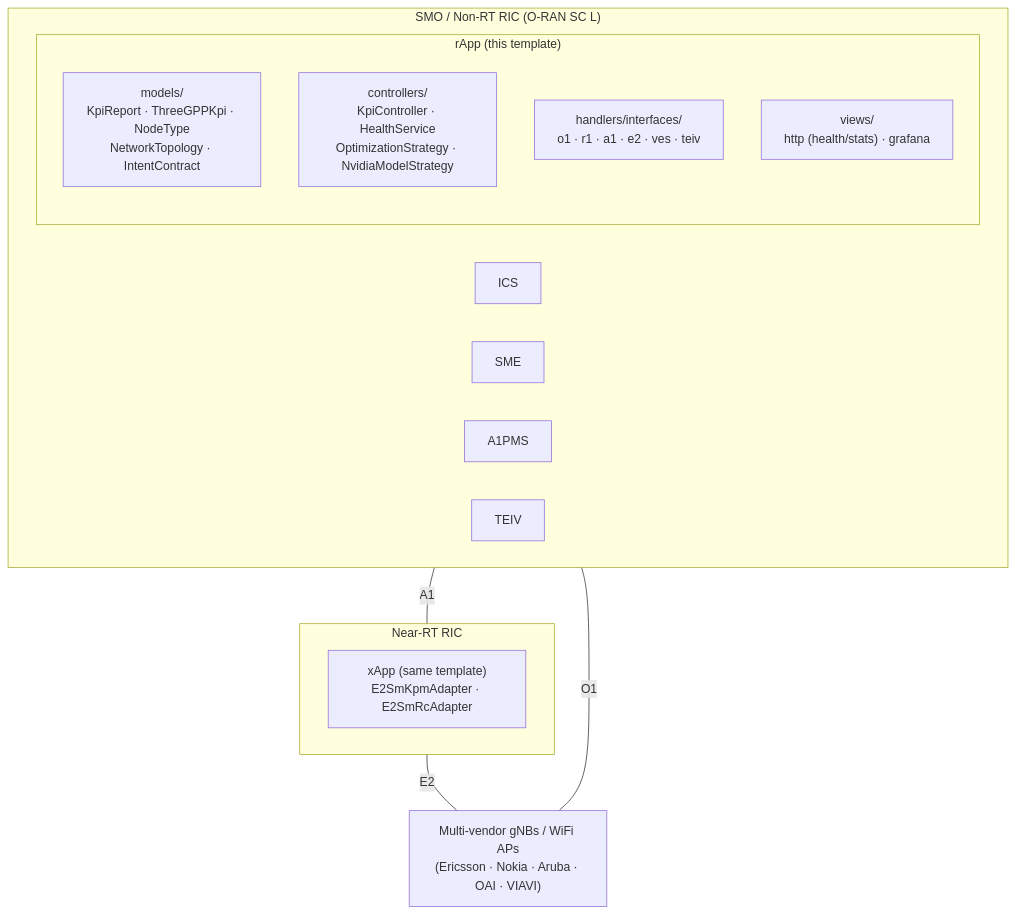
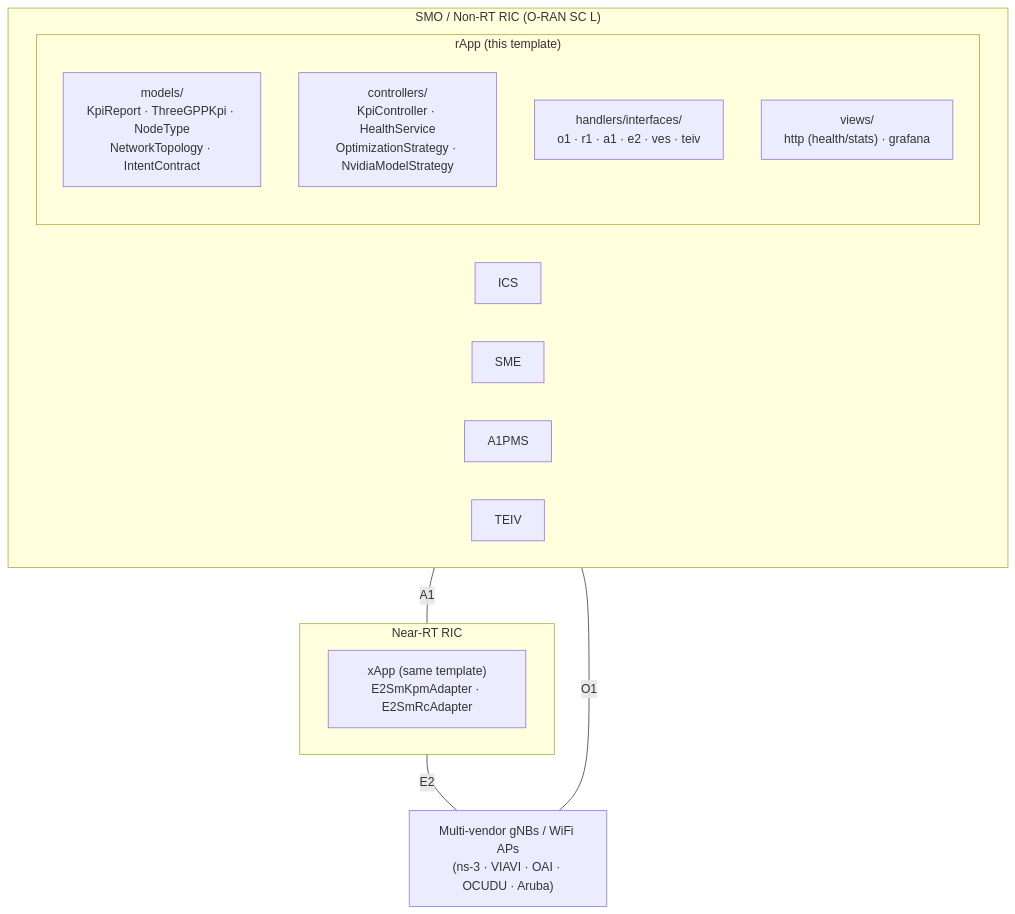
The second of 9 diagrams in CONTEXT.md (bmw-ece-ntust/template), drawn with Mermaid before and after one commit. The commit also changed other lines of this file and 115 other files, not shown here.

````diff
--- a/CONTEXT.md
+++ b/CONTEXT.md
@@ -124,20 +126,20 @@
 ```mermaid
 graph TB
     subgraph SMO["SMO / Non-RT RIC (O-RAN SC L)"]
         ICS; SME; A1PMS; TEIV
         subgraph rApp["rApp (this template)"]
             models["models/\nKpiReport · ThreeGPPKpi · NodeType\nNetworkTopology · IntentContract"]
             controllers["controllers/\nKpiController · HealthService\nOptimizationStrategy · NvidiaModelStrategy"]
             handlers["handlers/interfaces/\no1 · r1 · a1 · e2 · ves · teiv"]
             views["views/\nhttp (health/stats) · grafana"]
         end
     end
     subgraph NearRT["Near-RT RIC"]
         xApp2["xApp (same template)\nE2SmKpmAdapter · E2SmRcAdapter"]
     end
-    gNBs["Multi-vendor gNBs / WiFi APs\n(Ericsson · Nokia · Aruba · OAI · VIAVI)"]
+    gNBs["Multi-vendor gNBs / WiFi APs\n(ns-3 · VIAVI · OAI · OCUDU · Aruba)"]
 
     SMO --- |"A1"| NearRT
     NearRT --- |"E2"| gNBs
     SMO --- |"O1"| gNBs
 ```
````
